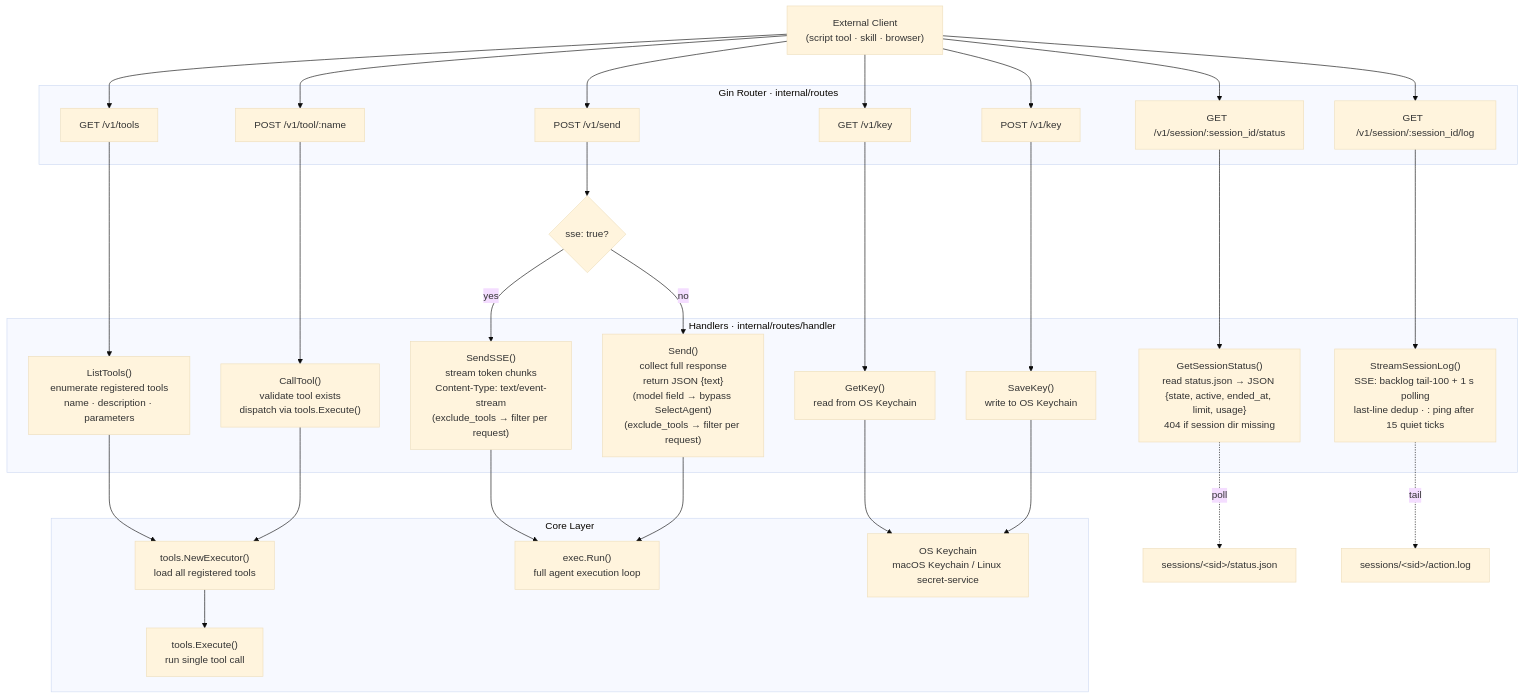
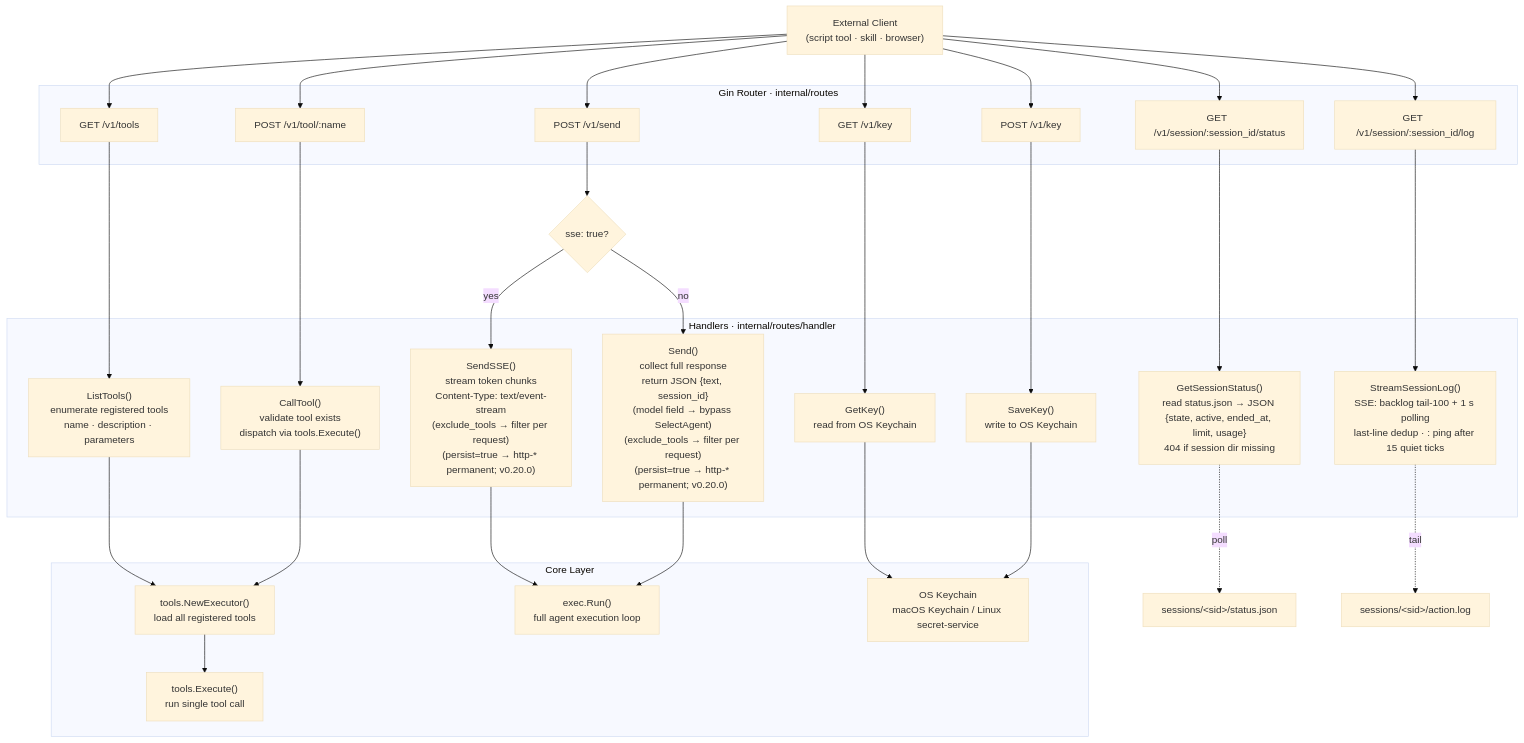
One commit to pardnchiu/Agenvoy changed the ninth of 9 diagrams in doc/architecture.md. Above: the diagram before and after it, drawn with Mermaid (base theme). The commit also changed other lines of this file and 10 other files, not shown here.

````diff
--- a/doc/architecture.md
+++ b/doc/architecture.md
@@ -425,54 +478,54 @@
 ```mermaid
 flowchart TD
     Client["External Client\n(script tool · skill · browser)"]
 
     subgraph Router ["Gin Router · internal/routes"]
         R1["GET  /v1/tools"]
         R2["POST /v1/tool/:name"]
         R3["POST /v1/send"]
         R4["GET  /v1/key"]
         R5["POST /v1/key"]
         R6["GET  /v1/session/:session_id/status"]
         R7["GET  /v1/session/:session_id/log"]
     end
 
     subgraph Handlers ["Handlers · internal/routes/handler"]
         H1["ListTools()\nenumerate registered tools\nname · description · parameters"]
         H2["CallTool()\nvalidate tool exists\ndispatch via tools.Execute()"]
-        H3SSE["SendSSE()\nstream token chunks\nContent-Type: text/event-stream\n(exclude_tools → filter per request)"]
-        H3JSON["Send()\ncollect full response\nreturn JSON {text}\n(model field → bypass SelectAgent)\n(exclude_tools → filter per request)"]
+        H3SSE["SendSSE()\nstream token chunks\nContent-Type: text/event-stream\n(exclude_tools → filter per request)\n(persist=true → http-* permanent; v0.20.0)"]
+        H3JSON["Send()\ncollect full response\nreturn JSON {text, session_id}\n(model field → bypass SelectAgent)\n(exclude_tools → filter per request)\n(persist=true → http-* permanent; v0.20.0)"]
         H4["GetKey()\nread from OS Keychain"]
         H5["SaveKey()\nwrite to OS Keychain"]
         H6["GetSessionStatus()\nread status.json → JSON {state, active, ended_at, limit, usage}\n404 if session dir missing"]
         H7["StreamSessionLog()\nSSE: backlog tail-100 + 1 s polling\nlast-line dedup · : ping after 15 quiet ticks"]
     end
 
     subgraph Core ["Core Layer"]
         Executor["tools.NewExecutor()\nload all registered tools"]
         Execute["tools.Execute()\nrun single tool call"]
         Run["exec.Run()\nfull agent execution loop"]
         KC["OS Keychain\nmacOS Keychain / Linux secret-service"]
     end
 
     SSECheck{"sse: true?"}
 
     Client --> R1 & R2 & R3 & R4 & R5 & R6 & R7
     R1 --> H1
     R2 --> H2
     R3 --> SSECheck
     SSECheck -->|"yes"| H3SSE
     SSECheck -->|"no"| H3JSON
     R4 --> H4
     R5 --> H5
     R6 --> H6
     R7 --> H7
 
     H1 --> Executor
     H2 --> Executor --> Execute
     H3SSE --> Run
     H3JSON --> Run
     H4 --> KC
     H5 --> KC
     H6 -.->|"poll"| StatusFile["sessions/&lt;sid&gt;/status.json"]
     H7 -.->|"tail"| ActionFile["sessions/&lt;sid&gt;/action.log"]
 ```
````
